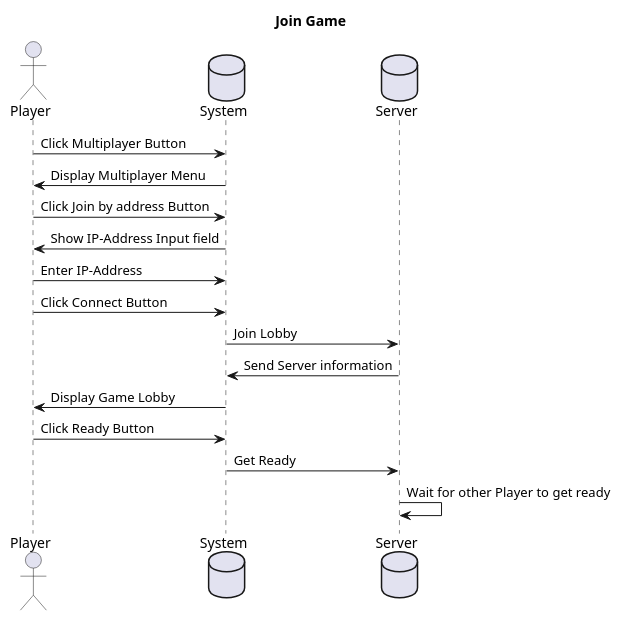
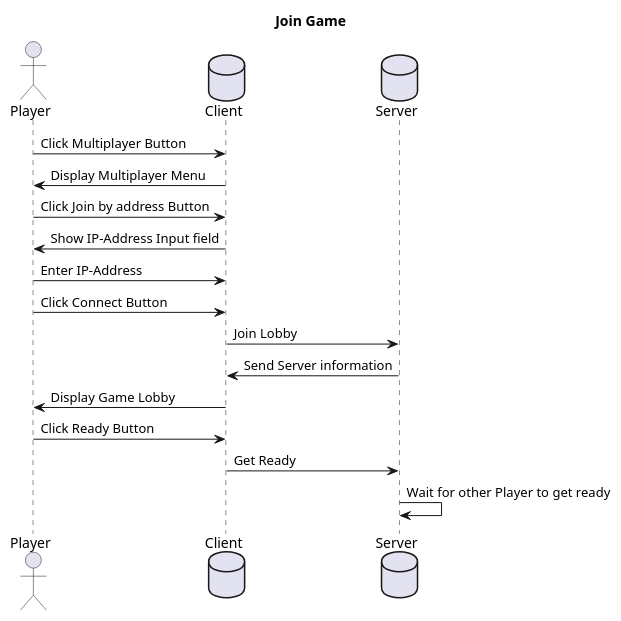
One commit to TINF21CS1/TicTacToeKojote changed the diagram in docs/sequence_diagrams/join_game.puml. Above: the diagram before and after it, drawn with PlantUML. The commit also changed 8 other files, not shown here.

Commit message:
Docs(sequence_diagrams): Renamed Server to Client to fit language in other docs

```diff
--- a/docs/sequence_diagrams/join_game.puml
+++ b/docs/sequence_diagrams/join_game.puml
@@ -1,21 +1,21 @@
 @startuml
 title Join Game
 
 actor Player as p
-database System
+database Client
 database Server as s
 
-p->System: Click Multiplayer Button
-System->p: Display Multiplayer Menu
-p->System: Click Join by address Button
-System->p: Show IP-Address Input field
-p->System: Enter IP-Address
-p->System: Click Connect Button
-System->s: Join Lobby
-s->System: Send Server information
-System->p: Display Game Lobby
-p->System: Click Ready Button
-System->s: Get Ready
+p->Client: Click Multiplayer Button
+Client->p: Display Multiplayer Menu
+p->Client: Click Join by address Button
+Client->p: Show IP-Address Input field
+p->Client: Enter IP-Address
+p->Client: Click Connect Button
+Client->s: Join Lobby
+s->Client: Send Server information
+Client->p: Display Game Lobby
+p->Client: Click Ready Button
+Client->s: Get Ready
 s->s: Wait for other Player to get ready
 
 @enduml
```
